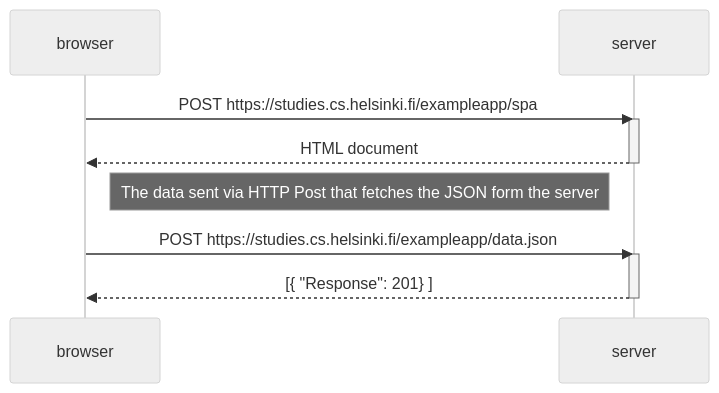
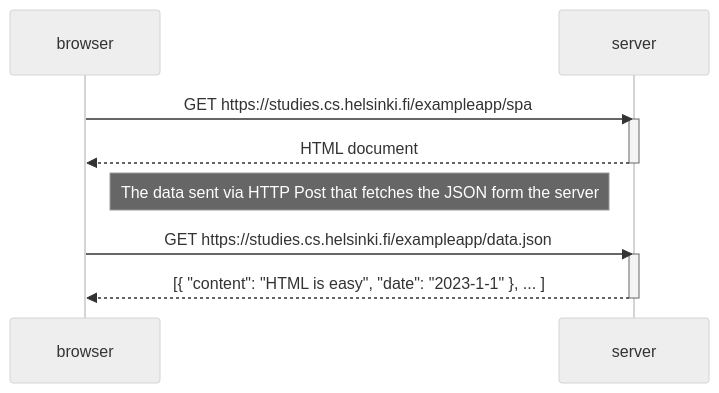
Before and after one commit to namakshenas/fullstackHY2024-example-submission-repository: the diagram in part0/0.5_0.6.md, drawn with Mermaid (neutral theme).

Commit message:
Submit part 0.5_0.6

````diff
--- a/part0/0.5_0.6.md
+++ b/part0/0.5_0.6.md
@@ -1,19 +1,19 @@
 ```mermaid
 sequenceDiagram
     participant browser
     participant server
 
-    browser->>server: POST https://studies.cs.helsinki.fi/exampleapp/spa
+    browser->>server: GET https://studies.cs.helsinki.fi/exampleapp/spa
     activate server
     server-->>browser: HTML document
     deactivate server
 
 Note right of browser: The data sent via HTTP Post that fetches the JSON form the server
 
-    browser->>server: POST https://studies.cs.helsinki.fi/exampleapp/data.json
+    browser->>server: GET https://studies.cs.helsinki.fi/exampleapp/data.json
     activate server
-    server-->>browser: [{ "Response": 201} ]
+    server-->>browser: [{ "content": "HTML is easy", "date": "2023-1-1" }, ... ]
     deactivate server
 
     
 ```
````
